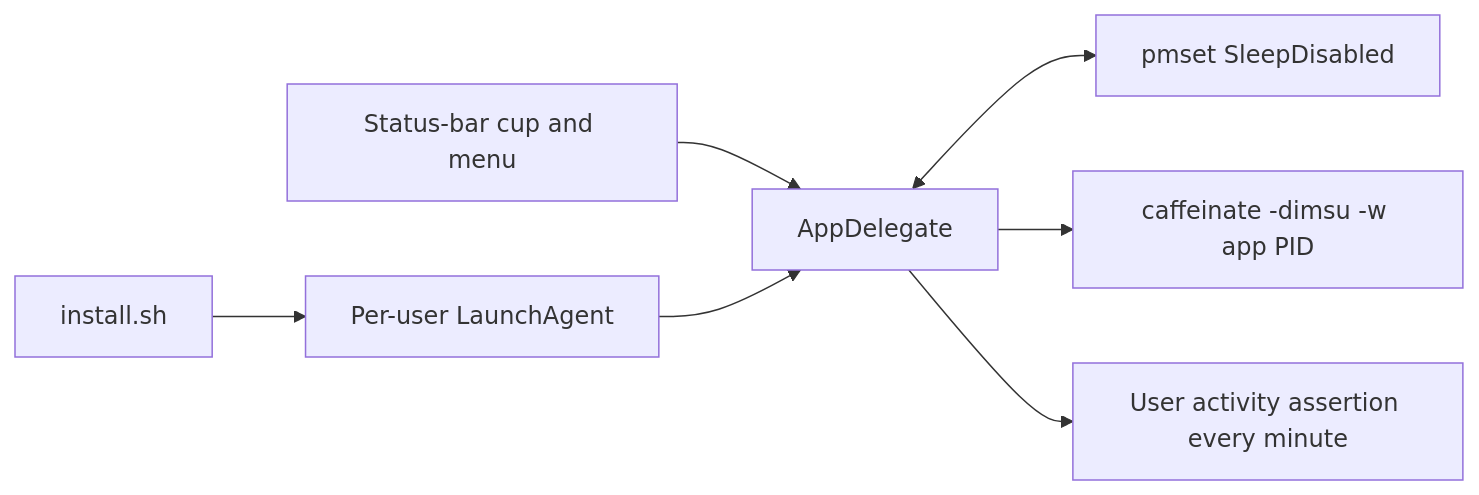
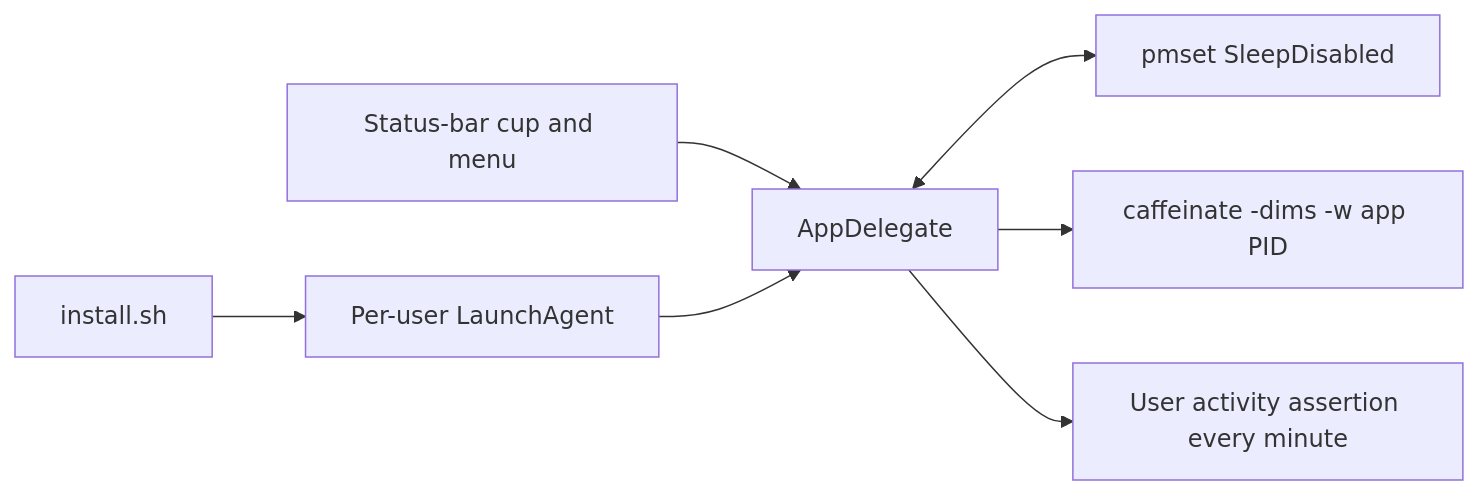
One commit to ayush5harma/stay-awake changed the diagram in docs/ARCHITECTURE.md. Above: the diagram before and after it, drawn with Mermaid. The commit also changed 3 other files, not shown here.

First line of the commit message:
fix: caffeinate -dims, so the disk-idle assertion holds

````diff
--- a/docs/ARCHITECTURE.md
+++ b/docs/ARCHITECTURE.md
@@ -8,9 +8,9 @@
 ```mermaid
 flowchart LR
   Menu[Status-bar cup and menu] --> Delegate[AppDelegate]
   Delegate <--> PMSet[pmset SleepDisabled]
-  Delegate --> Caf[caffeinate -dimsu -w app PID]
+  Delegate --> Caf[caffeinate -dims -w app PID]
   Delegate --> IOKit[User activity assertion every minute]
   Install[install.sh] --> Agent[Per-user LaunchAgent]
   Agent --> Delegate
 ```
````
